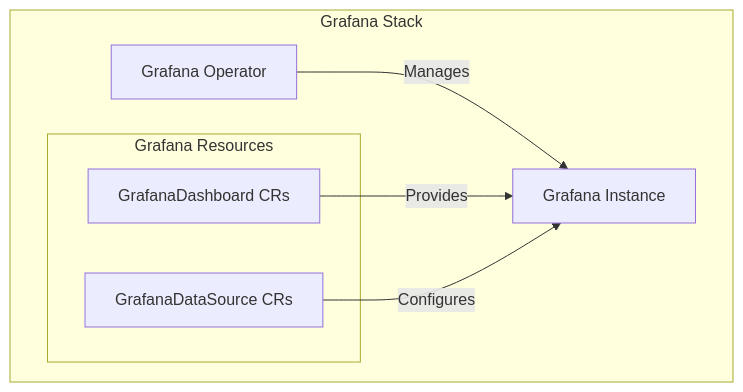
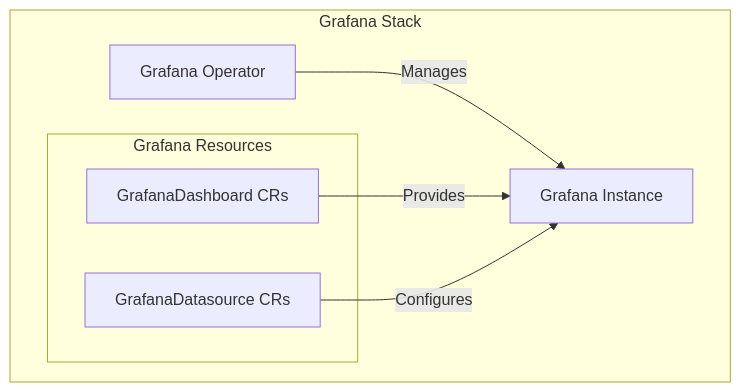
Before and after one commit to Netcracker/qubership-monitoring-operator: the fifth of 10 diagrams in docs/architecture.md, drawn with Mermaid. The commit also changed other lines of this file and 270 other files, not shown here.

````diff
--- a/docs/architecture.md
+++ b/docs/architecture.md
@@ -132,16 +132,16 @@
 ```mermaid
 graph TB
     subgraph "Grafana Stack"
         GO[Grafana Operator]
         GRAF[Grafana Instance]
-        
+
         subgraph "Grafana Resources"
             GD[GrafanaDashboard CRs]
-            GDS[GrafanaDataSource CRs]
+            GDS[GrafanaDatasource CRs]
         end
     end
-    
+
     GO -->|Manages| GRAF
     GD -->|Provides| GRAF
     GDS -->|Configures| GRAF
 ```
````
